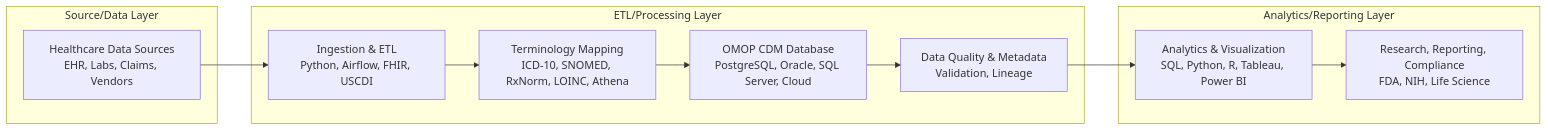
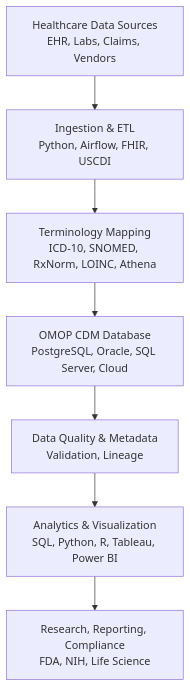
One commit to justin-mbca/omop-clinical-data-pipeline changed the diagram in docs/PROJECT_OVERVIEW.md. Above: the diagram before and after it, drawn with Mermaid. The commit also changed other lines of this file, not shown here.

Commit message:
Convert Data Workflow Diagram to vertical one-column format

````diff
--- a/docs/PROJECT_OVERVIEW.md
+++ b/docs/PROJECT_OVERVIEW.md
@@ -17,29 +17,12 @@
 ```mermaid
-flowchart LR
-   %% Source/Data Layer
-   subgraph SOURCE[Source/Data Layer]
-      S1[Healthcare Data Sources\nEHR, Labs, Claims, Vendors]
-   end
+flowchart TD
+   S1[Healthcare Data Sources\nEHR, Labs, Claims, Vendors]
+   E1[Ingestion & ETL\nPython, Airflow, FHIR, USCDI]
+   E2[Terminology Mapping\nICD-10, SNOMED, RxNorm, LOINC, Athena]
+   E3[OMOP CDM Database\nPostgreSQL, Oracle, SQL Server, Cloud]
+   E4[Data Quality & Metadata\nValidation, Lineage]
+   A1[Analytics & Visualization\nSQL, Python, R, Tableau, Power BI]
+   A2[Research, Reporting, Compliance\nFDA, NIH, Life Science]
 
-   %% ETL/Processing Layer
-   subgraph ETL[ETL/Processing Layer]
-      E1[Ingestion & ETL\nPython, Airflow, FHIR, USCDI]
-      E2[Terminology Mapping\nICD-10, SNOMED, RxNorm, LOINC, Athena]
-      E3[OMOP CDM Database\nPostgreSQL, Oracle, SQL Server, Cloud]
-      E4[Data Quality & Metadata\nValidation, Lineage]
-   end
-
-   %% Analytics/Reporting Layer
-   subgraph ANALYTICS[Analytics/Reporting Layer]
-      A1[Analytics & Visualization\nSQL, Python, R, Tableau, Power BI]
-      A2[Research, Reporting, Compliance\nFDA, NIH, Life Science]
-   end
-
-   %% Workflow connections
-   S1 --> E1
-   E1 --> E2
-   E2 --> E3
-   E3 --> E4
-   E4 --> A1
-   A1 --> A2
+   S1 --> E1 --> E2 --> E3 --> E4 --> A1 --> A2
 ```
````
